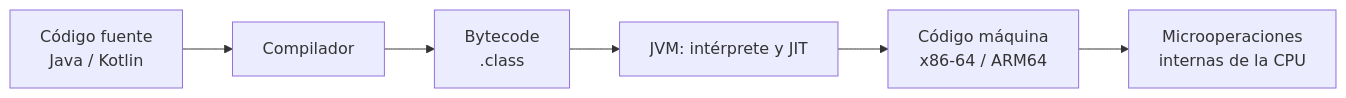
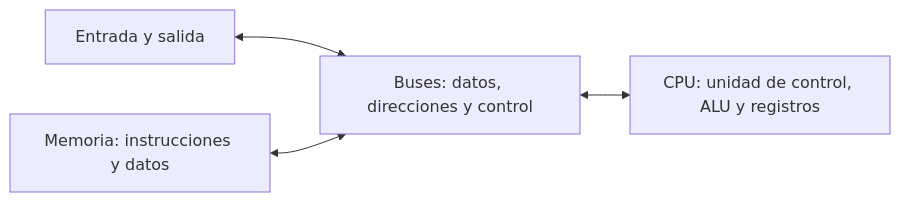
One commit to davidmolinafernadez/DAM-SI changed the first of 2 diagrams in UD1/Teoria/11-instrucciones-cpu.md. Above: the diagram before and after it, drawn with Mermaid. The commit also changed other lines of this file and 4 other files, not shown here.

````diff
--- a/UD1/Teoria/11-instrucciones-cpu.md
+++ b/UD1/Teoria/11-instrucciones-cpu.md
@@ -42,8 +37,6 @@
 ```mermaid
 flowchart LR
-  F["Código fuente<br>Java / Kotlin"] --> C[Compilador]
-  C --> B["Bytecode<br>.class"]
-  B --> J["JVM: intérprete y JIT"]
-  J --> M["Código máquina<br>x86-64 / ARM64"]
-  M --> U["Microoperaciones<br>internas de la CPU"]
+  IO["Entrada y salida"] <--> B["Buses: datos, direcciones y control"]
+  M["Memoria: instrucciones y datos"] <--> B
+  B <--> CPU["CPU: unidad de control, ALU y registros"]
 ```
````
